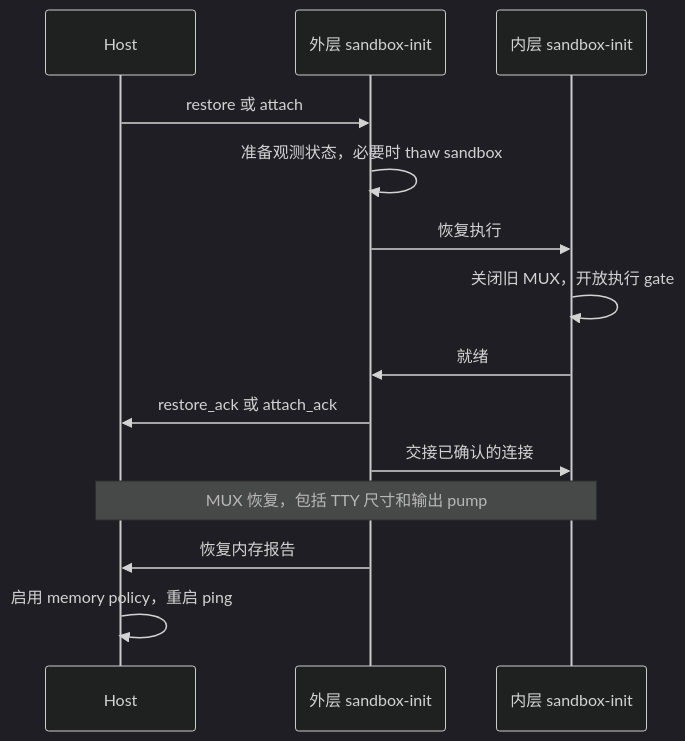
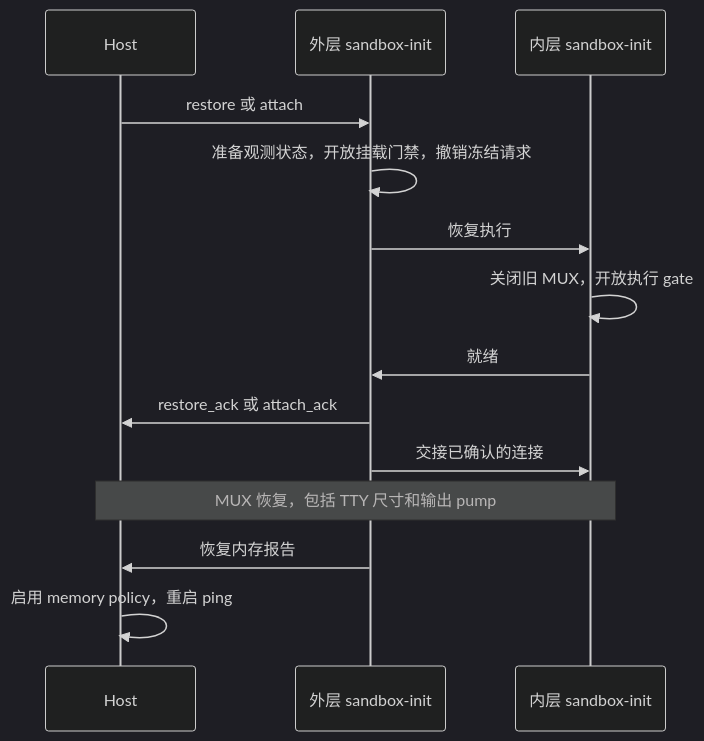
The fourth of 4 diagrams in docs/guest-abi_zh.md (kuasar-sandbox/guest-runtime), drawn with Mermaid (dark theme) before and after one commit. The commit also changed other lines of this file and 12 other files, not shown here.

````diff
--- a/docs/guest-abi_zh.md
+++ b/docs/guest-abi_zh.md
@@ -1371,16 +1402,16 @@
 ```mermaid
 sequenceDiagram
     participant H as Host
     participant O as 外层 sandbox-init
     participant I as 内层 sandbox-init
     H->>O: restore 或 attach
-    O->>O: 准备观测状态，必要时 thaw sandbox
+    O->>O: 准备观测状态，开放挂载门禁，撤销冻结请求
     O->>I: 恢复执行
     I->>I: 关闭旧 MUX，开放执行 gate
     I->>O: 就绪
     O->>H: restore_ack 或 attach_ack
     O->>I: 交接已确认的连接
     Note over H,I: MUX 恢复，包括 TTY 尺寸和输出 pump
     O->>H: 恢复内存报告
     H->>H: 启用 memory policy，重启 ping
 ```
````
